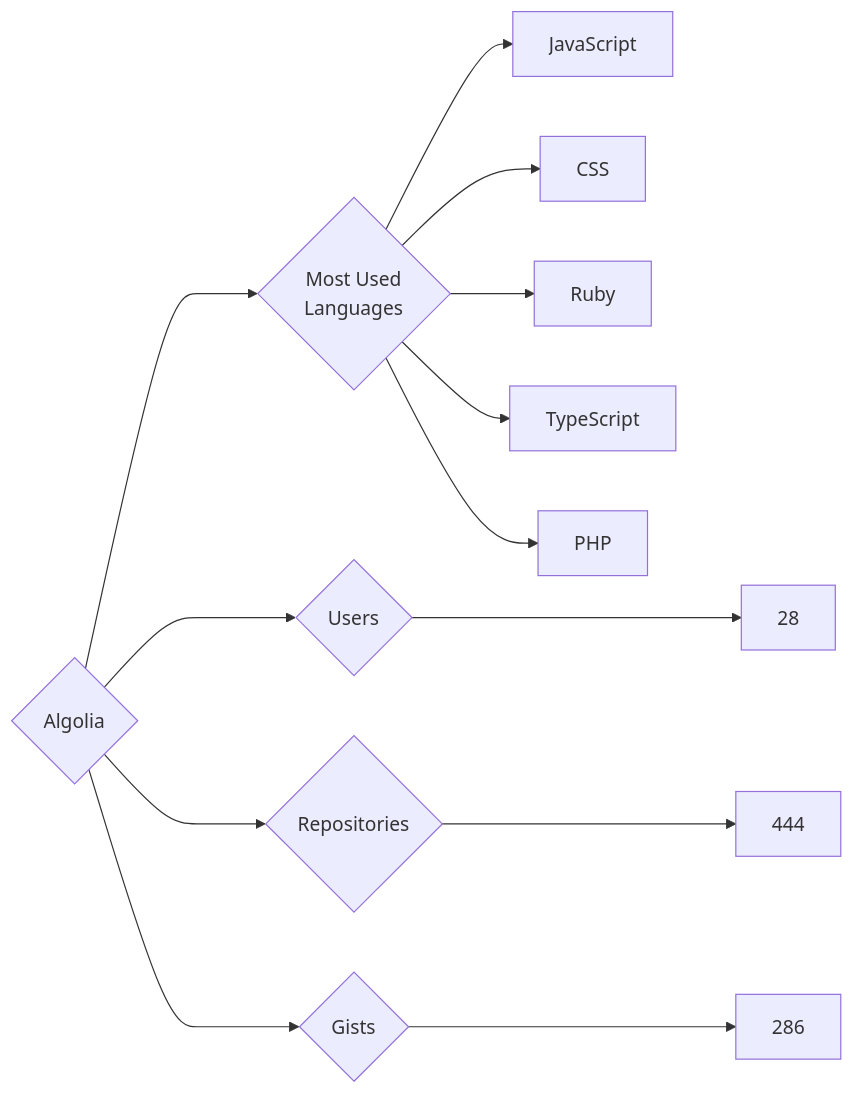
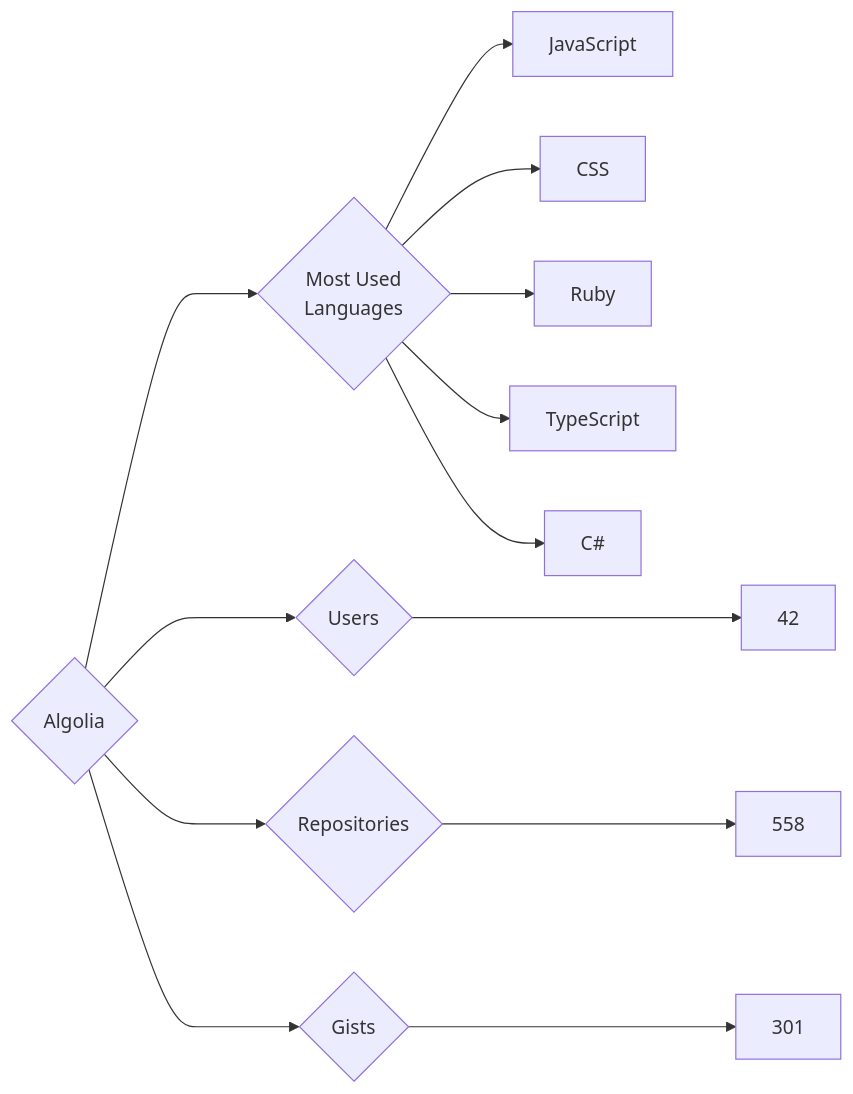
Before and after one commit to trickest/insiders: the diagram in targets/Algolia/README.md, drawn with Mermaid. The commit also changed 944 other files, not shown here.

````diff
--- a/targets/Algolia/README.md
+++ b/targets/Algolia/README.md
@@ -3,13 +3,13 @@
 ```mermaid
 graph LR
 COMPANY_NAME{Algolia}
-COMPANY_NAME ---> U{Users} ---> UN[28]
-COMPANY_NAME ---> R{Repositories} ---> RN[444]
-COMPANY_NAME ---> G{Gists} ---> GN[286]
+COMPANY_NAME ---> U{Users} ---> UN[42]
+COMPANY_NAME ---> R{Repositories} ---> RN[558]
+COMPANY_NAME ---> G{Gists} ---> GN[301]
 COMPANY_NAME ---> ML{Most Used<br>Languages}
 ML --> JavaScript[JavaScript]
 ML --> CSS[CSS]
 ML --> Ruby[Ruby]
 ML --> TypeScript[TypeScript]
-ML --> PHP[PHP]
+ML --> C#[C#]
 ```
````
